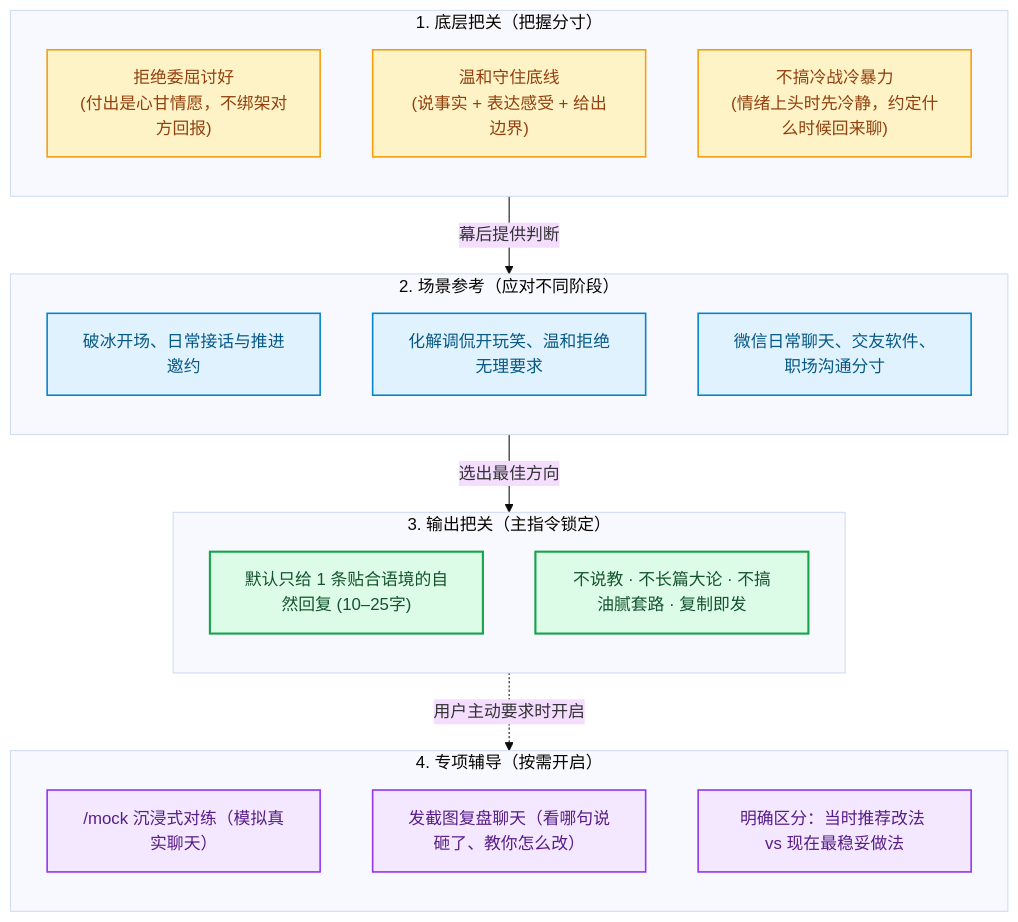
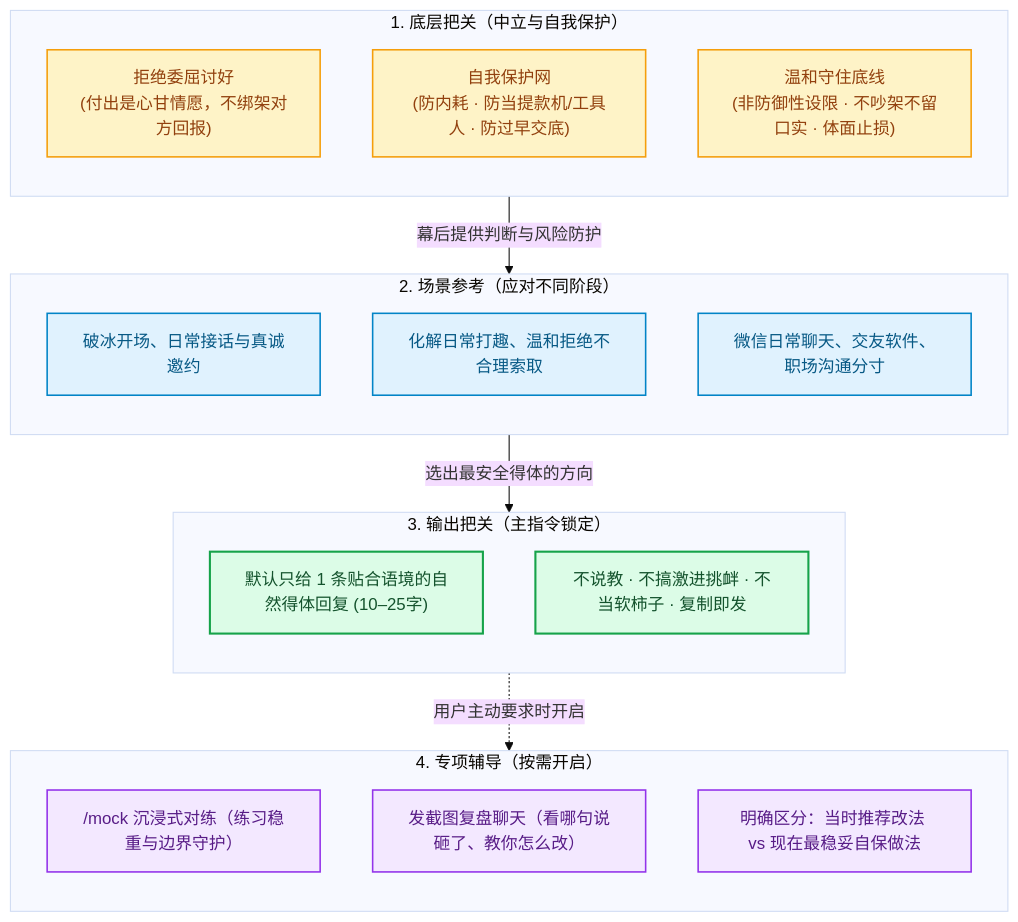
The first of 2 diagrams in README.md (CAoyinggo/emotional-push-pull), drawn with Mermaid (base theme) before and after one commit. The commit also changed other lines of this file and 7 other files, not shown here.

````diff
--- a/README.md
+++ b/README.md
@@ -44,43 +48,43 @@
 ```mermaid
 flowchart TD
-    subgraph L1["1. 底层把关（把握分寸）"]
+    subgraph L1["1. 底层把关（中立与自我保护）"]
         direction TB
         P1["拒绝委屈讨好<br/>(付出是心甘情愿，不绑架对方回报)"]
-        P2["温和守住底线<br/>(说事实 + 表达感受 + 给出边界)"]
-        P3["不搞冷战冷暴力<br/>(情绪上头时先冷静，约定什么时候回来聊)"]
+        P2["自我保护网<br/>(防内耗 · 防当提款机/工具人 · 防过早交底)"]
+        P3["温和守住底线<br/>(非防御性设限 · 不吵架不留口实 · 体面止损)"]
     end
 
     subgraph L2["2. 场景参考（应对不同阶段）"]
         direction TB
-        S1["破冰开场、日常接话与推进邀约"]
-        S2["化解调侃开玩笑、温和拒绝无理要求"]
+        S1["破冰开场、日常接话与真诚邀约"]
+        S2["化解日常打趣、温和拒绝不合理索取"]
         S3["微信日常聊天、交友软件、职场沟通分寸"]
     end
 
     subgraph L3["3. 输出把关（主指令锁定）"]
         direction TB
-        O1["默认只给 1 条贴合语境的自然回复 (10–25字)"]
-        O2["不说教 · 不长篇大论 · 不搞油腻套路 · 复制即发"]
+        O1["默认只给 1 条贴合语境的自然得体回复 (10–25字)"]
+        O2["不说教 · 不搞激进挑衅 · 不当软柿子 · 复制即发"]
     end
 
     subgraph L4["4. 专项辅导（按需开启）"]
         direction TB
-        C1["/mock 沉浸式对练（模拟真实聊天）"]
+        C1["/mock 沉浸式对练（练习稳重与边界守护）"]
         C2["发截图复盘聊天（看哪句说砸了、教你怎么改）"]
-        C3["明确区分：当时推荐改法 vs 现在最稳妥做法"]
+        C3["明确区分：当时推荐改法 vs 现在最稳妥自保做法"]
     end
 
-    L1 -->|幕后提供判断| L2
-    L2 -->|选出最佳方向| L3
+    L1 -->|幕后提供判断与风险防护| L2
+    L2 -->|选出最安全得体的方向| L3
     L3 -.->|用户主动要求时开启| L4
 
     classDef phil fill:#fef3c7,stroke:#f59e0b,stroke-width:1.5px,color:#92400e;
     classDef scen fill:#e0f2fe,stroke:#0284c7,stroke-width:1.5px,color:#075985;
     classDef outp fill:#dcfce7,stroke:#16a34a,stroke-width:2px,color:#14532d;
     classDef coac fill:#f3e8ff,stroke:#9333ea,stroke-width:1.5px,color:#581c87;
 
     class P1,P2,P3 phil;
     class S1,S2,S3 scen;
     class O1,O2 outp;
     class C1,C2,C3 coac;
 ```
````
